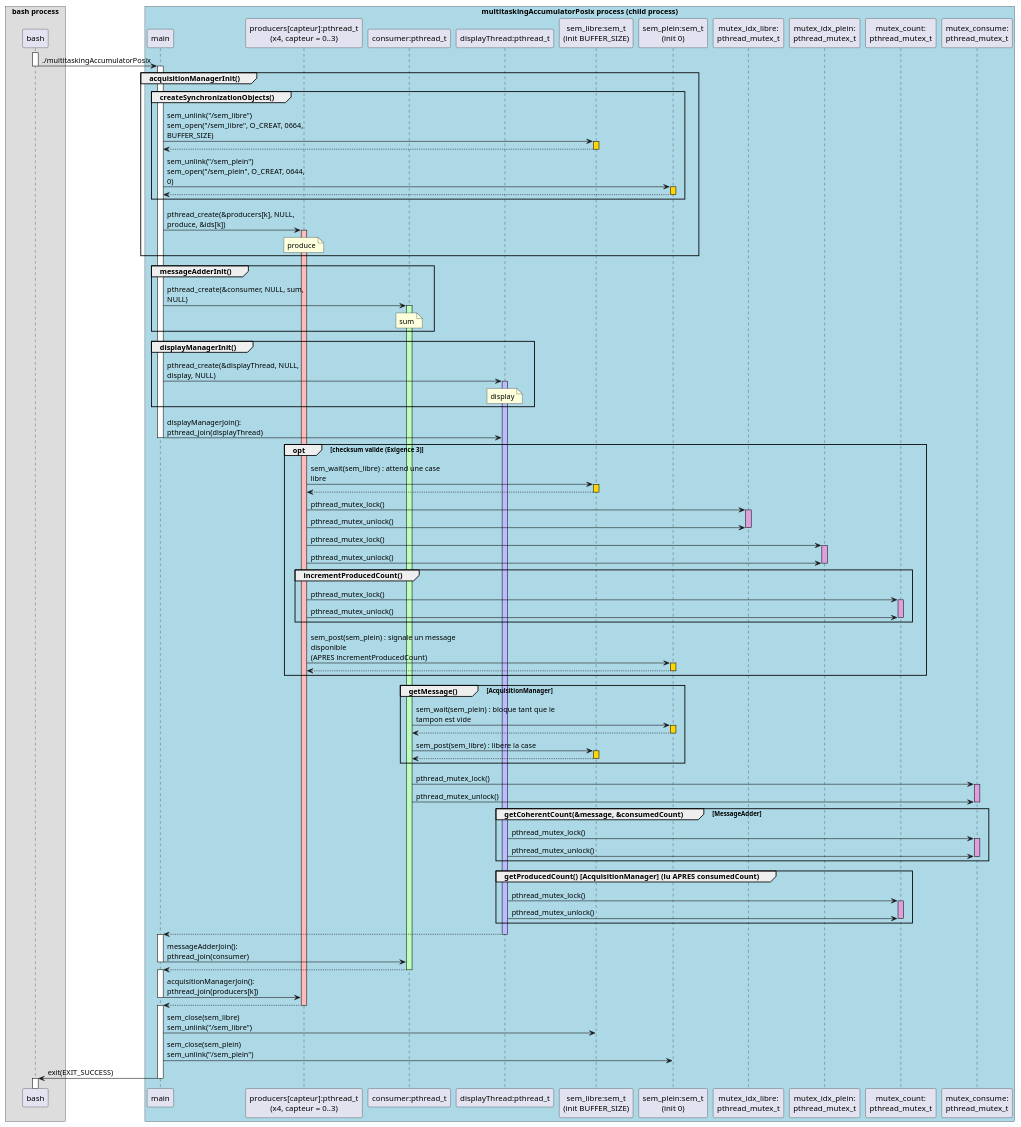
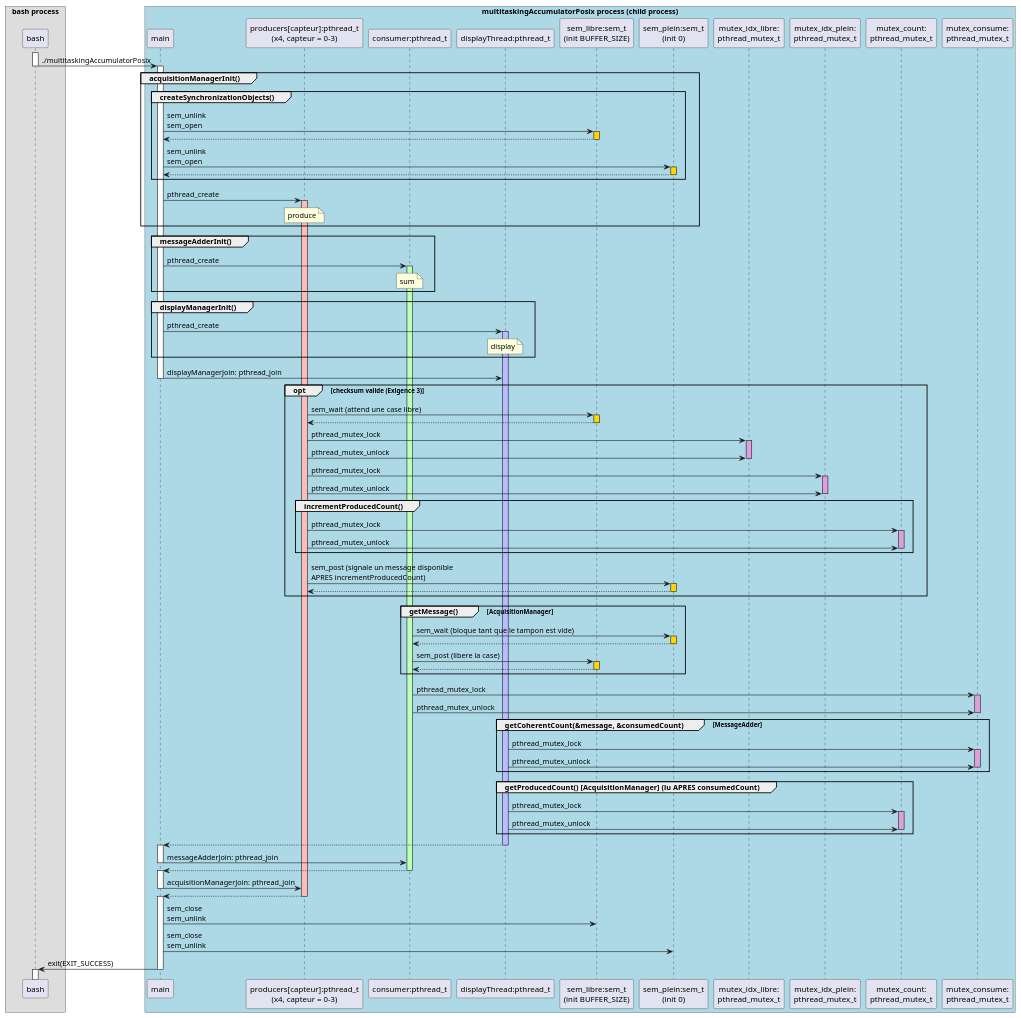
The diagram in exercice-1/diagrams/sequenceDiagram.puml (uItimatech/multitasking_training_practical_work), drawn with PlantUML before and after one commit.

Commit message:
feat(pumls): simplify sequence diagram

```diff
--- a/exercice-1/diagrams/sequenceDiagram.puml
+++ b/exercice-1/diagrams/sequenceDiagram.puml
@@ -1,113 +1,110 @@
 @startuml
 !pragma teoz true
-skinparam sequenceMessageAlign left
-skinparam maxMessageSize 260
-
 box "bash process"
 participant bash
 end box
 
 box "multitaskingAccumulatorPosix process (child process)" #lightblue
 participant "main" as main
-participant "producers[capteur]:pthread_t\n(x4, capteur = 0..3)" as prod
+participant "producers[capteur]:pthread_t\n(x4, capteur = 0-3)" as prod
 participant "consumer:pthread_t" as cons
 participant "displayThread:pthread_t" as disp
 participant "sem_libre:sem_t\n(init BUFFER_SIZE)" as semLibre
 participant "sem_plein:sem_t\n(init 0)" as semPlein
 participant "mutex_idx_libre:\npthread_mutex_t" as mLibre
 participant "mutex_idx_plein:\npthread_mutex_t" as mPlein
 participant "mutex_count:\npthread_mutex_t" as mCount
 participant "mutex_consume:\npthread_mutex_t" as mConsume
 end box
 
 activate bash
 bash -> main --++ : ./multitaskingAccumulatorPosix
 
 group acquisitionManagerInit()
 group createSynchronizationObjects()
-main -> semLibre : sem_unlink("/sem_libre")\nsem_open("/sem_libre", O_CREAT, 0664, BUFFER_SIZE)
+main -> semLibre : sem_unlink\nsem_open
 activate semLibre #gold
 return
-main -> semPlein : sem_unlink("/sem_plein")\nsem_open("/sem_plein", O_CREAT, 0644, 0)
+main -> semPlein : sem_unlink\nsem_open
 activate semPlein #gold
 return
 end
-main -> prod : pthread_create(&producers[k], NULL, produce, &ids[k])
+main -> prod : pthread_create
 activate prod #FFBBBB
 note over prod : produce
 end
 group messageAdderInit()
-main -> cons : pthread_create(&consumer, NULL, sum, NULL)
+main -> cons : pthread_create
 activate cons #BBFFBB
 note over cons : sum
 end
 group displayManagerInit()
-main -> disp : pthread_create(&displayThread, NULL, display, NULL)
+main -> disp : pthread_create
 activate disp #BBBBFF
 note over disp : display
 end
-main -> disp : displayManagerJoin(): pthread_join(displayThread)
+main -> disp : displayManagerJoin: pthread_join
 deactivate main
 
 opt checksum valide (Exigence 3)
-prod -> semLibre : sem_wait(sem_libre) : attend une case libre
+prod -> semLibre : sem_wait (attend une case libre)
 activate semLibre #gold
 return
-prod -> mLibre : pthread_mutex_lock()
+prod -> mLibre : pthread_mutex_lock
 activate mLibre #plum
-prod -> mLibre : pthread_mutex_unlock()
+prod -> mLibre : pthread_mutex_unlock
 deactivate mLibre
-prod -> mPlein : pthread_mutex_lock()
+prod -> mPlein : pthread_mutex_lock
 activate mPlein #plum
-prod -> mPlein : pthread_mutex_unlock()
+prod -> mPlein : pthread_mutex_unlock
 deactivate mPlein
 group incrementProducedCount()
-prod -> mCount : pthread_mutex_lock()
+prod -> mCount : pthread_mutex_lock
 activate mCount #plum
-prod -> mCount : pthread_mutex_unlock()
+prod -> mCount : pthread_mutex_unlock
 deactivate mCount
 end
-prod -> semPlein : sem_post(sem_plein) : signale un message disponible\n(APRES incrementProducedCount)
+prod -> semPlein : sem_post (signale un message disponible\nAPRES incrementProducedCount)
 activate semPlein #gold
 return
 end
 group getMessage()  [AcquisitionManager]
-cons -> semPlein : sem_wait(sem_plein) : bloque tant que le tampon est vide
+cons -> semPlein : sem_wait (bloque tant que le tampon est vide)
 activate semPlein #gold
 return
-cons -> semLibre : sem_post(sem_libre) : libere la case
+cons -> semLibre : sem_post (libere la case)
 activate semLibre #gold
 return
 end
-cons -> mConsume : pthread_mutex_lock()
+cons -> mConsume : pthread_mutex_lock
 activate mConsume #plum
-cons -> mConsume : pthread_mutex_unlock()
+cons -> mConsume : pthread_mutex_unlock
 deactivate mConsume
 group getCoherentCount(&message, &consumedCount)  [MessageAdder]
-disp -> mConsume : pthread_mutex_lock()
+disp -> mConsume : pthread_mutex_lock
 activate mConsume #plum
-disp -> mConsume : pthread_mutex_unlock()
+disp -> mConsume : pthread_mutex_unlock
 deactivate mConsume
 end
 group getProducedCount()  [AcquisitionManager] (lu APRES consumedCount)
-disp -> mCount : pthread_mutex_lock()
+disp -> mCount : pthread_mutex_lock
 activate mCount #plum
-disp -> mCount : pthread_mutex_unlock()
+disp -> mCount : pthread_mutex_unlock
 deactivate mCount
 end
 
 disp --> main --++
 deactivate disp
-main -> cons : messageAdderJoin(): pthread_join(consumer)
+main -> cons : messageAdderJoin: pthread_join
 deactivate main
 cons --> main --++
 deactivate cons
-main -> prod : acquisitionManagerJoin(): pthread_join(producers[k])
+main -> prod : acquisitionManagerJoin: pthread_join
 deactivate main
 prod --> main --++
 deactivate prod
-main -> semLibre : sem_close(sem_libre)\nsem_unlink("/sem_libre")
-main -> semPlein : sem_close(sem_plein)\nsem_unlink("/sem_plein")
+main -> semLibre : sem_close\nsem_unlink
+main -> semPlein : sem_close\nsem_unlink
 main -> bash --++ : exit(EXIT_SUCCESS)
 
 @enduml
```
